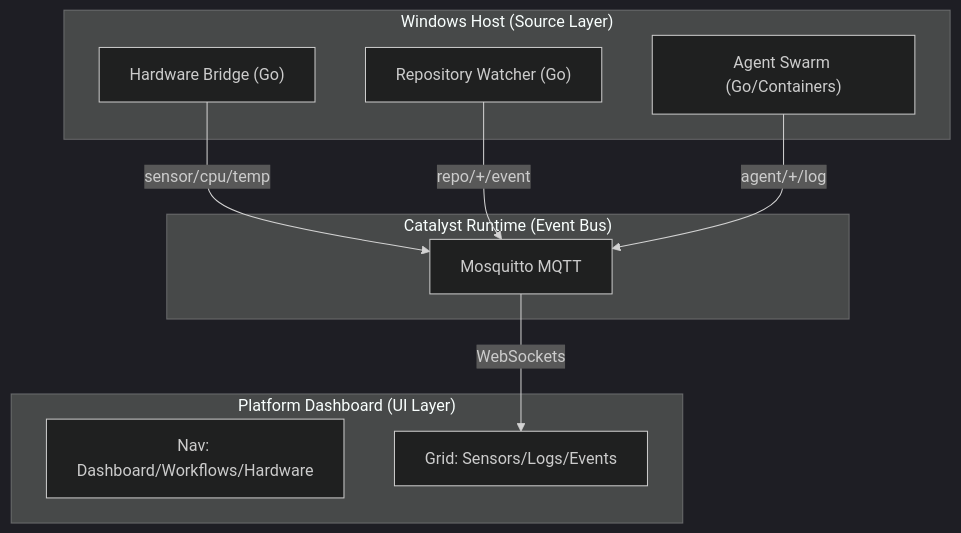
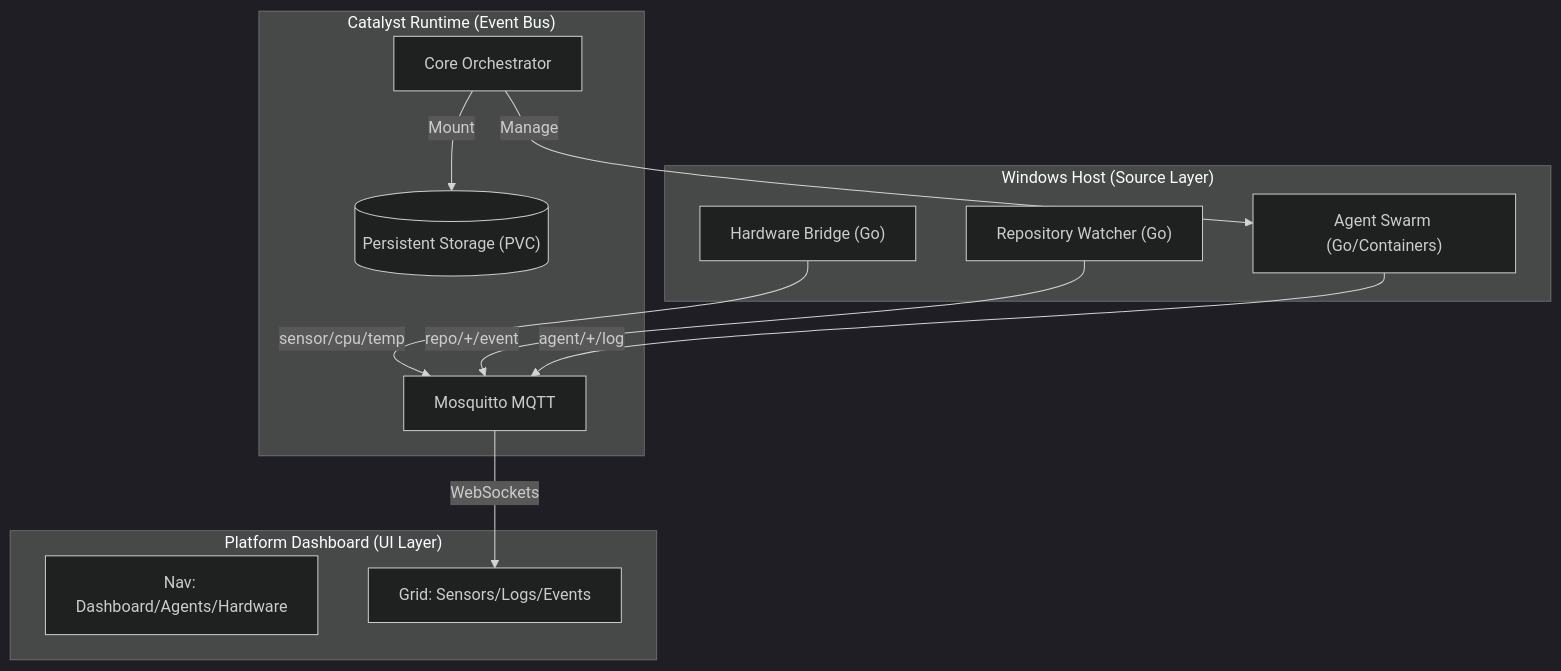
Before and after one commit to lithix-src/deleggit: the diagram in README.md, drawn with Mermaid (dark theme). The commit also changed other lines of this file and 11 other files, not shown here.

````diff
--- a/README.md
+++ b/README.md
@@ -34,23 +35,27 @@
 ```mermaid
 graph TD
     subgraph "Windows Host (Source Layer)"
         Device["Hardware Bridge (Go)"]
         Repo["Repository Watcher (Go)"]
         Agents["Agent Swarm (Go/Containers)"]
     end
 
     subgraph "Catalyst Runtime (Event Bus)"
         Broker[Mosquitto MQTT]
+        Core["Core Orchestrator"]
+        Storage[("Persistent Storage (PVC)")]
     end
 
     subgraph "Platform Dashboard (UI Layer)"
-        Sidebar[Nav: Dashboard/Workflows/Hardware]
+        Sidebar[Nav: Dashboard/Agents/Hardware]
         Widgets[Grid: Sensors/Logs/Events]
     end
 
     Device -->|sensor/cpu/temp| Broker
     Repo -->|repo/+/event| Broker
     Agents -->|agent/+/log| Broker
     
     Broker -->|WebSockets| Widgets
+    Core -->|Mount| Storage
+    Core -->|Manage| Agents
 ```
````
